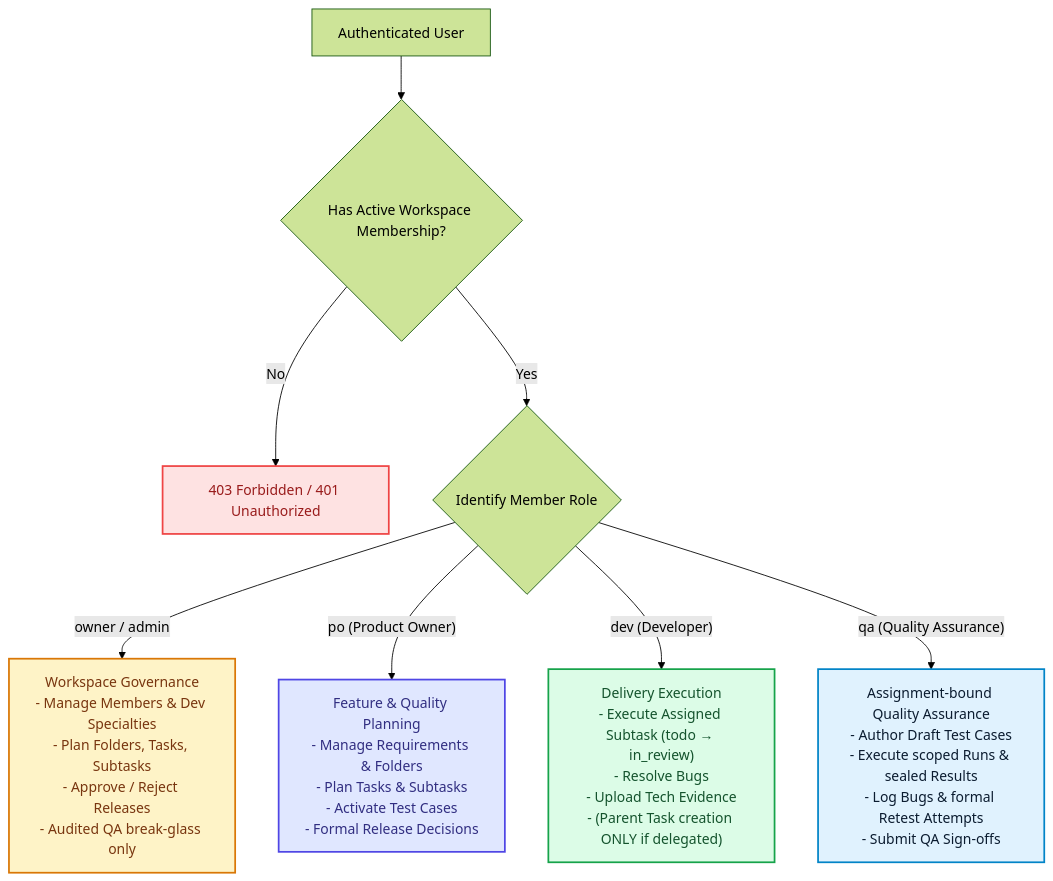
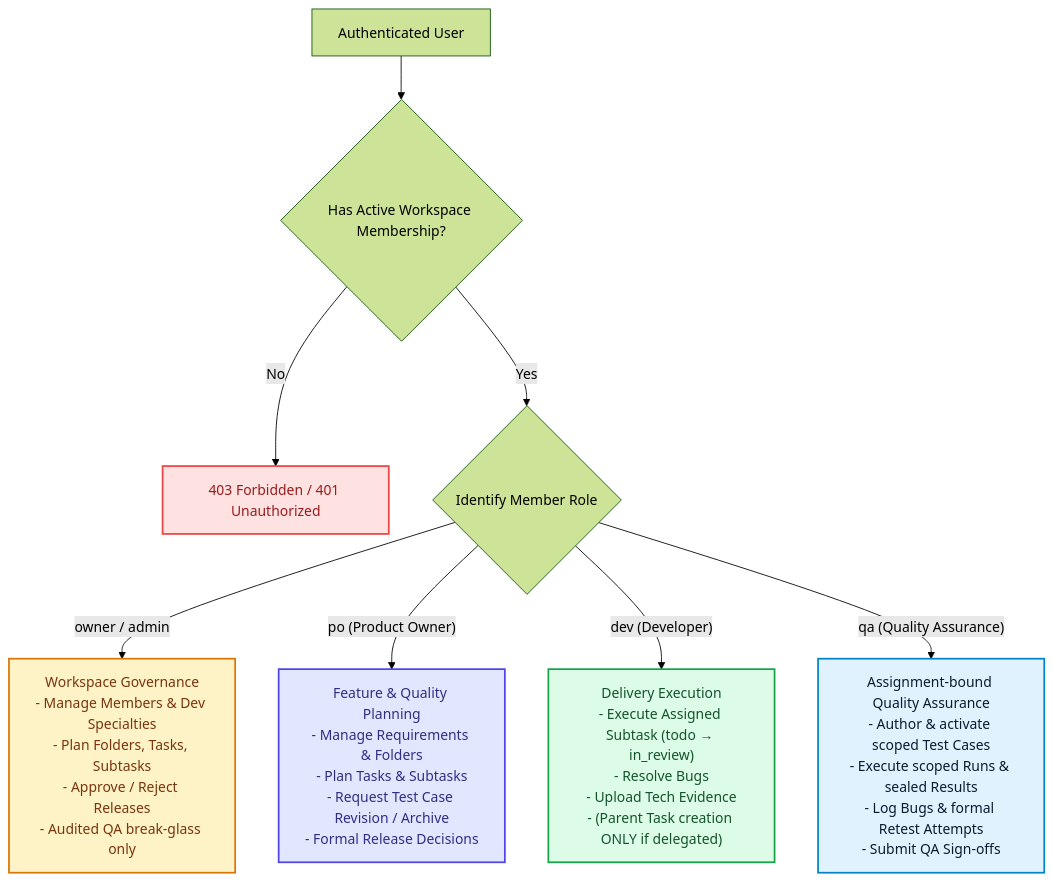
The third of 3 diagrams in docs/1_ARCHITECTURE.md (oneilreyand/qlickhub), drawn with Mermaid (forest theme) before and after one commit. The commit also changed other lines of this file and 20 other files, not shown here.

````diff
--- a/docs/1_ARCHITECTURE.md
+++ b/docs/1_ARCHITECTURE.md
@@ -221,24 +230,24 @@
 ```mermaid
 graph TD
     User["Authenticated User"] --> MemberCheck{"Has Active Workspace Membership?"}
     MemberCheck -- "No" --> Deny403["403 Forbidden / 401 Unauthorized"]
 
     MemberCheck -- "Yes" --> RoleRouter{"Identify Member Role"}
 
     RoleRouter -->|"owner / admin"| FullControl["Workspace Governance\n- Manage Members & Dev Specialties\n- Plan Folders, Tasks, Subtasks\n- Approve / Reject Releases\n- Audited QA break-glass only"]
-    RoleRouter -->|"po (Product Owner)"| POControl["Feature & Quality Planning\n- Manage Requirements & Folders\n- Plan Tasks & Subtasks\n- Activate Test Cases\n- Formal Release Decisions"]
+    RoleRouter -->|"po (Product Owner)"| POControl["Feature & Quality Planning\n- Manage Requirements & Folders\n- Plan Tasks & Subtasks\n- Request Test Case Revision / Archive\n- Formal Release Decisions"]
     RoleRouter -->|"dev (Developer)"| DevControl["Delivery Execution\n- Execute Assigned Subtask (todo → in_review)\n- Resolve Bugs\n- Upload Tech Evidence\n- (Parent Task creation ONLY if delegated)"]
-    RoleRouter -->|"qa (Quality Assurance)"| QAControl["Assignment-bound Quality Assurance\n- Author Draft Test Cases\n- Execute scoped Runs & sealed Results\n- Log Bugs & formal Retest Attempts\n- Submit QA Sign-offs"]
+    RoleRouter -->|"qa (Quality Assurance)"| QAControl["Assignment-bound Quality Assurance\n- Author & activate scoped Test Cases\n- Execute scoped Runs & sealed Results\n- Log Bugs & formal Retest Attempts\n- Submit QA Sign-offs"]
 
     classDef deny fill:#FEE2E2,stroke:#EF4444,stroke-width:2px,color:#991B1B;
     classDef owner fill:#FEF3C7,stroke:#D97706,stroke-width:2px,color:#78350F;
     classDef po fill:#E0E7FF,stroke:#4F46E5,stroke-width:2px,color:#312E81;
     classDef dev fill:#DCFCE7,stroke:#16A34A,stroke-width:2px,color:#14532D;
     classDef qa fill:#E0F2FE,stroke:#0284C7,stroke-width:2px,color:#0B1C30;
 
     class Deny403 deny;
     class FullControl owner;
     class POControl po;
     class DevControl dev;
     class QAControl qa;
 ```
````
